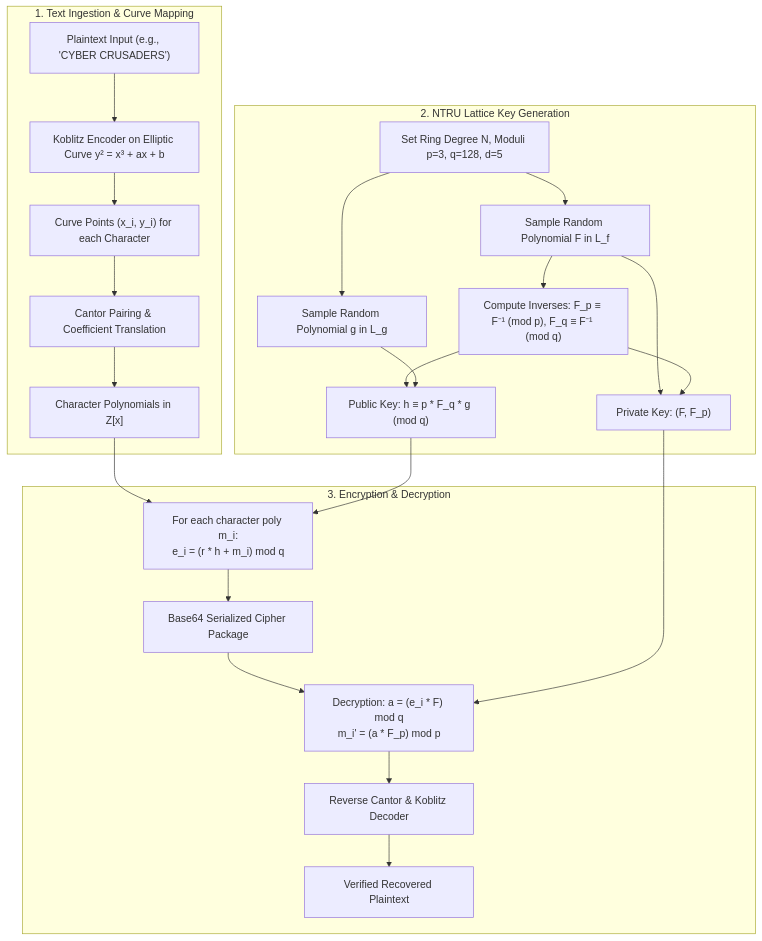
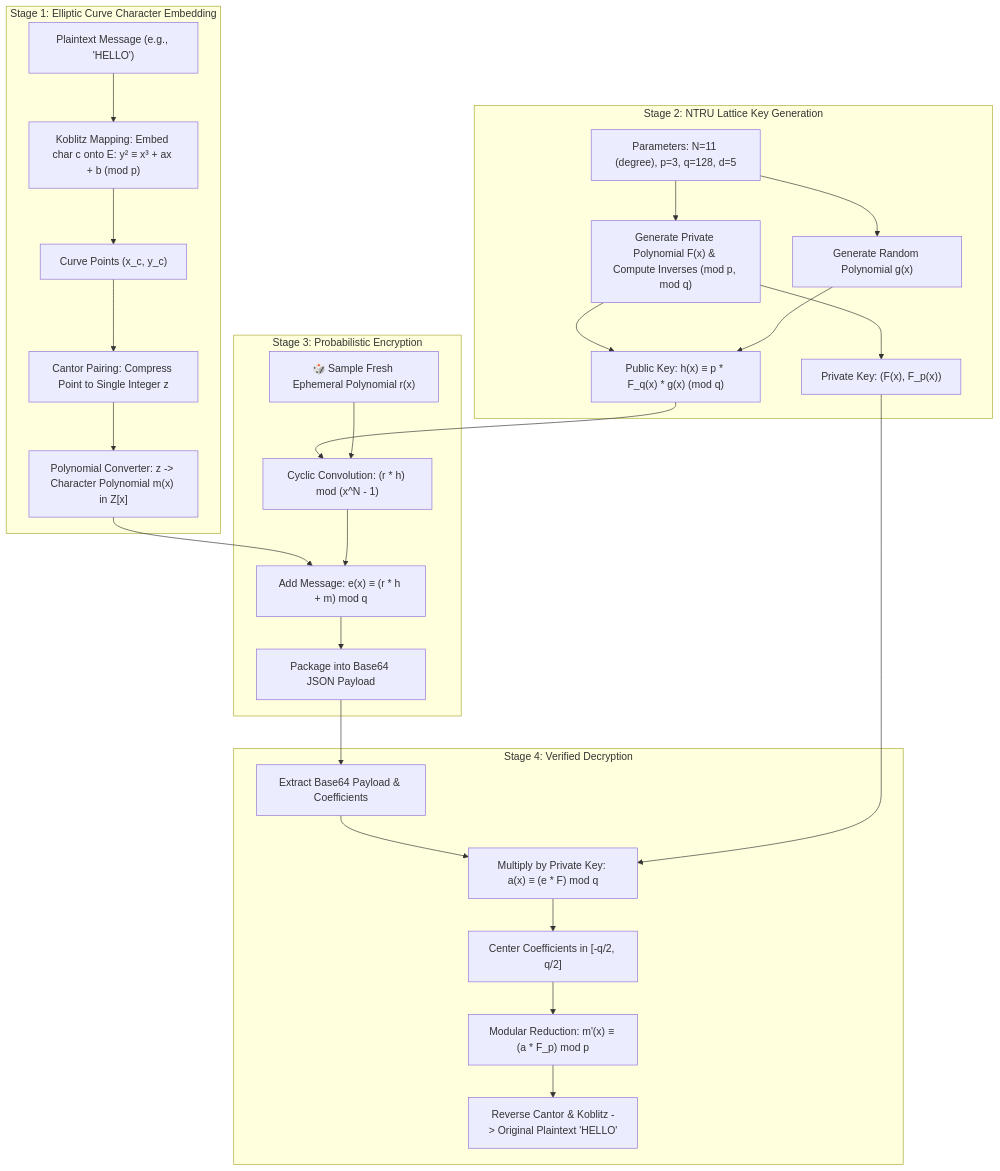
Before and after one commit to AP952005/postquantum-text-encryption: the diagram in README.md, drawn with Mermaid. The commit also changed other lines of this file, not shown here.

Commit message:
docs: explain probabilistic IND-CPA security, Hi-vs-Hi property, and ciphertext expansion trade-offs

````diff
--- a/README.md
+++ b/README.md
@@ -57,42 +114,49 @@
 ```mermaid
 flowchart TD
-    subgraph Ingestion ["1. Text Ingestion & Curve Mapping"]
-        Plaintext["Plaintext Input (e.g., 'CYBER CRUSADERS')"]
-        Koblitz["Koblitz Encoder on Elliptic Curve y² = x³ + ax + b"]
-        Points["Curve Points (x_i, y_i) for each Character"]
-        Cantor["Cantor Pairing & Coefficient Translation"]
-        PolySet["Character Polynomials in Z[x]"]
+    subgraph Step1 ["Stage 1: Elliptic Curve Character Embedding"]
+        Text["Plaintext Message (e.g., 'HELLO')"]
+        Koblitz["Koblitz Mapping: Embed char c onto E: y² ≡ x³ + ax + b (mod p)"]
+        Points["Curve Points (x_c, y_c)"]
+        Cantor["Cantor Pairing: Compress Point to Single Integer z"]
+        Polys["Polynomial Converter: z -> Character Polynomial m(x) in Z[x]"]
     end
 
-    subgraph Keygen ["2. NTRU Lattice Key Generation"]
-        Params["Set Ring Degree N, Moduli p=3, q=128, d=5"]
-        PolyF["Sample Random Polynomial F in L_f"]
-        Invert["Compute Inverses: F_p ≡ F⁻¹ (mod p), F_q ≡ F⁻¹ (mod q)"]
-        PolyG["Sample Random Polynomial g in L_g"]
-        PubKey["Public Key: h ≡ p * F_q * g (mod q)"]
-        PrivKey["Private Key: (F, F_p)"]
+    subgraph Step2 ["Stage 2: NTRU Lattice Key Generation"]
+        Params["Parameters: N=11 (degree), p=3, q=128, d=5"]
+        PolyF["Generate Private Polynomial F(x) & Compute Inverses (mod p, mod q)"]
+        PolyG["Generate Random Polynomial g(x)"]
+        PubKey["Public Key: h(x) ≡ p * F_q(x) * g(x) (mod q)"]
+        PrivKey["Private Key: (F(x), F_p(x))"]
     end
 
-    subgraph CipherOps ["3. Encryption & Decryption"]
-        Encrypt["For each character poly m_i:<br/>e_i = (r * h + m_i) mod q"]
-        Payload["Base64 Serialized Cipher Package"]
-        Decrypt["Decryption: a = (e_i * F) mod q<br/>m_i' = (a * F_p) mod p"]
-        Decode["Reverse Cantor & Koblitz Decoder"]
-        Recovered["Verified Recovered Plaintext"]
+    subgraph Step3 ["Stage 3: Probabilistic Encryption"]
+        RandomR["🎲 Sample Fresh Ephemeral Polynomial r(x)"]
+        Convolution["Cyclic Convolution: (r * h) mod (x^N - 1)"]
+        AddMsg["Add Message: e(x) ≡ (r * h + m) mod q"]
+        Serialize["Package into Base64 JSON Payload"]
     end
 
-    Plaintext --> Koblitz --> Points --> Cantor --> PolySet
-    Params --> PolyF --> Invert
-    Params --> PolyG
-    Invert --> PubKey
-    PolyG --> PubKey
+    subgraph Step4 ["Stage 4: Verified Decryption"]
+        Unpack["Extract Base64 Payload & Coefficients"]
+        InnerMult["Multiply by Private Key: a(x) ≡ (e * F) mod q"]
+        Centering["Center Coefficients in [-q/2, q/2]"]
+        ModP["Modular Reduction: m'(x) ≡ (a * F_p) mod p"]
+        ReverseDecode["Reverse Cantor & Koblitz -> Original Plaintext 'HELLO'"]
+    end
+
+    Text --> Koblitz --> Points --> Cantor --> Polys
+    Params --> PolyF --> PubKey
+    Params --> PolyG --> PubKey
     PolyF --> PrivKey
-    Invert --> PrivKey
 
-    PolySet --> Encrypt
-    PubKey --> Encrypt
-    Encrypt --> Payload
-    Payload --> Decrypt
-    PrivKey --> Decrypt
-    Decrypt --> Decode --> Recovered
+    Polys --> AddMsg
+    PubKey --> Convolution
+    RandomR --> Convolution
+    Convolution --> AddMsg
+    AddMsg --> Serialize
+
+    Serialize --> Unpack
+    Unpack --> InnerMult
+    PrivKey --> InnerMult
+    InnerMult --> Centering --> ModP --> ReverseDecode
 ```
````
